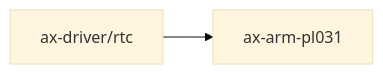
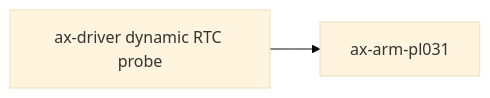
The third of 3 diagrams in docs/docs/components/crates/ax-arm-pl031.md (rcore-os/tgoskits), drawn with Mermaid (base theme) before and after one commit. The commit also changed other lines of this file and 9 other files, not shown here.

````diff
--- a/docs/docs/components/crates/ax-arm-pl031.md
+++ b/docs/docs/components/crates/ax-arm-pl031.md
@@ -194,5 +194,5 @@
 ```mermaid
 graph LR
     current["ax-arm-pl031"]
-    ax_driver_rtc["ax-driver/rtc"] --> current
+    ax_driver_rtc["ax-driver dynamic RTC probe"] --> current
 ```
````
